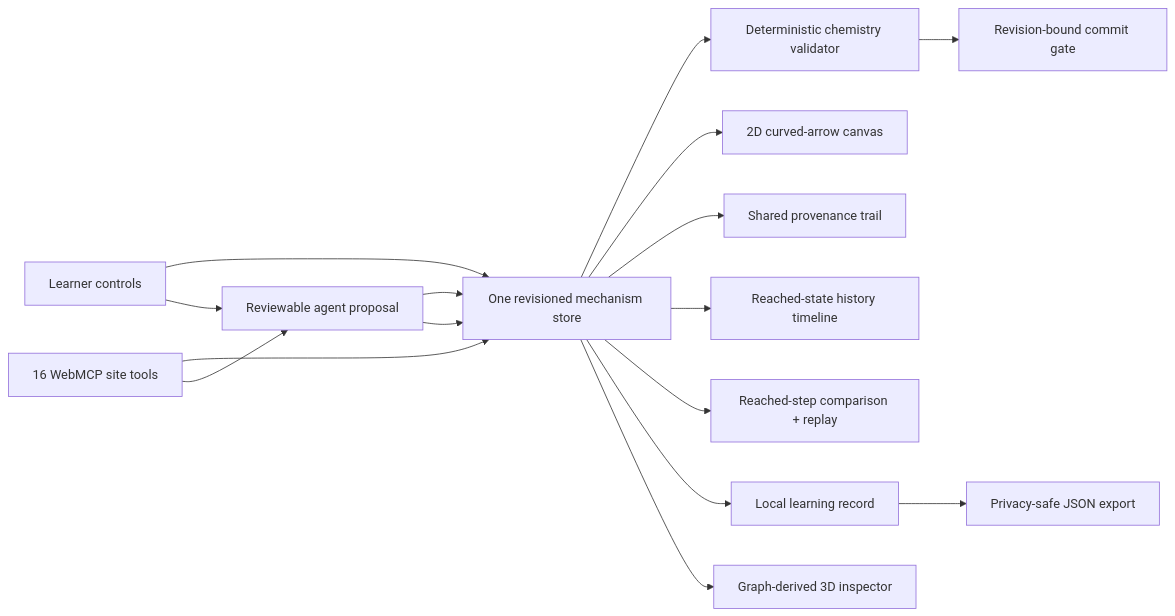
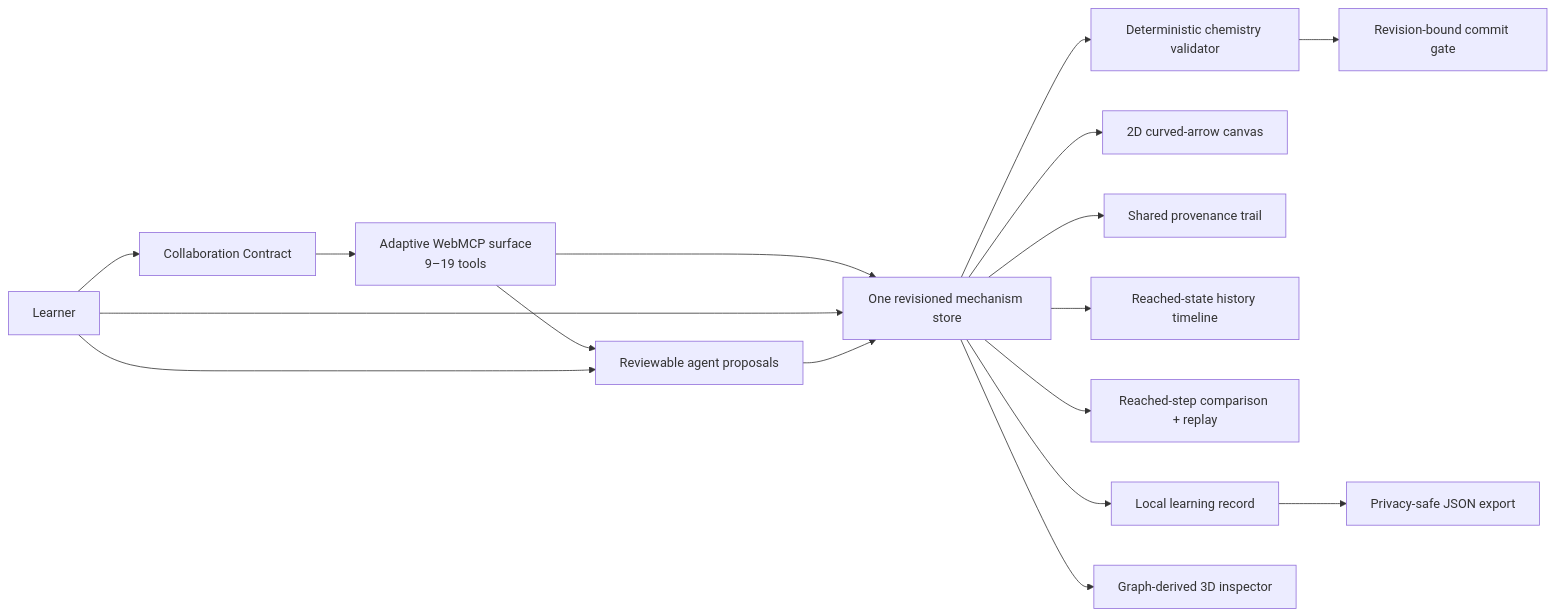
One commit to mihirduvedi/mechanism-canvas changed the diagram in README.md. Above: the diagram before and after it, drawn with Mermaid. The commit also changed other lines of this file and 21 other files, not shown here.

Commit message:
feat: add learner-owned WebMCP collaboration contract

````diff
--- a/README.md
+++ b/README.md
@@ -13,18 +35,19 @@
 ```mermaid
 flowchart LR
-  P["Authored prototype fixtures"] --> S["One revisioned mechanism store"]
-  H["Learner controls"] --> S
-  A["16 WebMCP site tools"] --> S
-  A --> P["Reviewable agent proposal"]
+  H["Learner"] --> C["Collaboration Contract"]
+  C --> A["Adaptive WebMCP surface<br/>9–19 tools"]
+  A --> S["One revisioned mechanism store"]
+  H --> S
+  A --> P["Reviewable agent proposals"]
   H --> P
   P --> S
   S --> V["Deterministic chemistry validator"]
-  S --> C["2D curved-arrow canvas"]
+  S --> MC["2D curved-arrow canvas"]
   S --> T["Shared provenance trail"]
   S --> R["Reached-state history timeline"]
   S --> D["Reached-step comparison + replay"]
   S --> L["Local learning record"]
   L --> E["Privacy-safe JSON export"]
   S --> M["Graph-derived 3D inspector"]
   V --> G["Revision-bound commit gate"]
 ```
````
